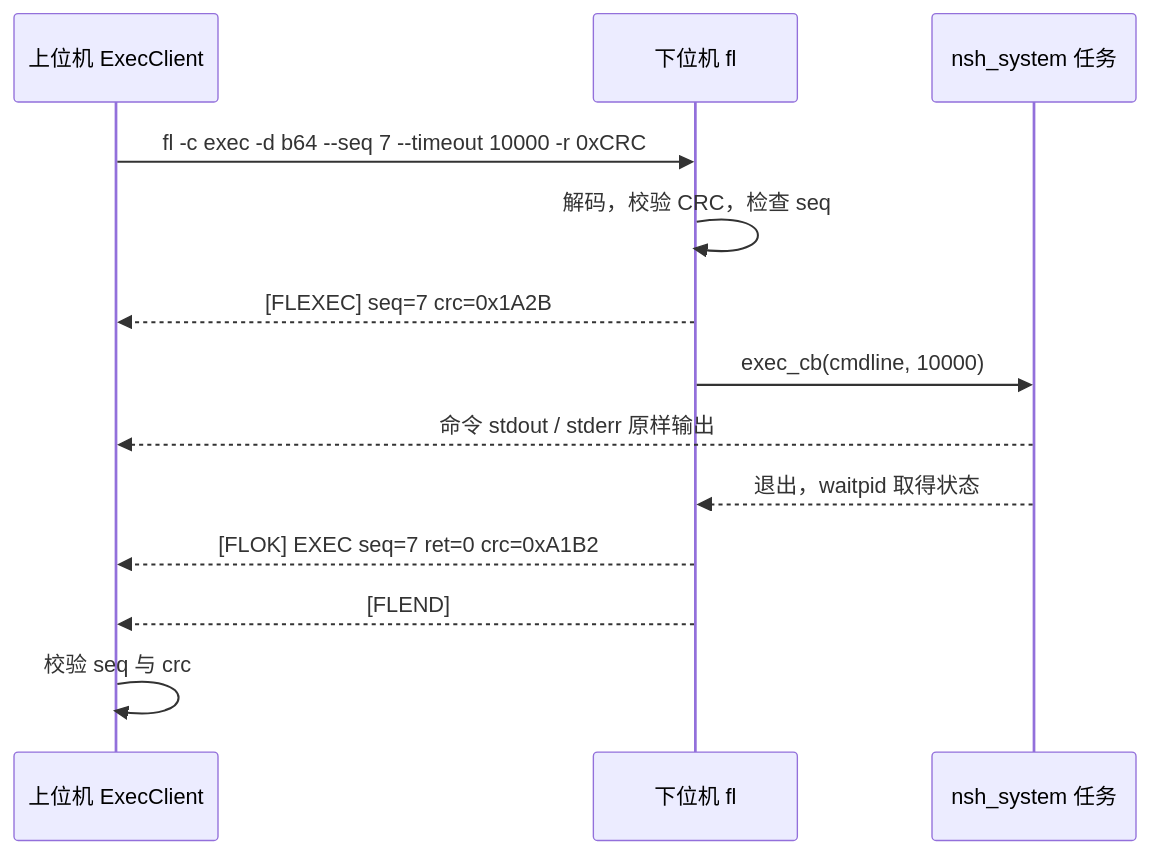
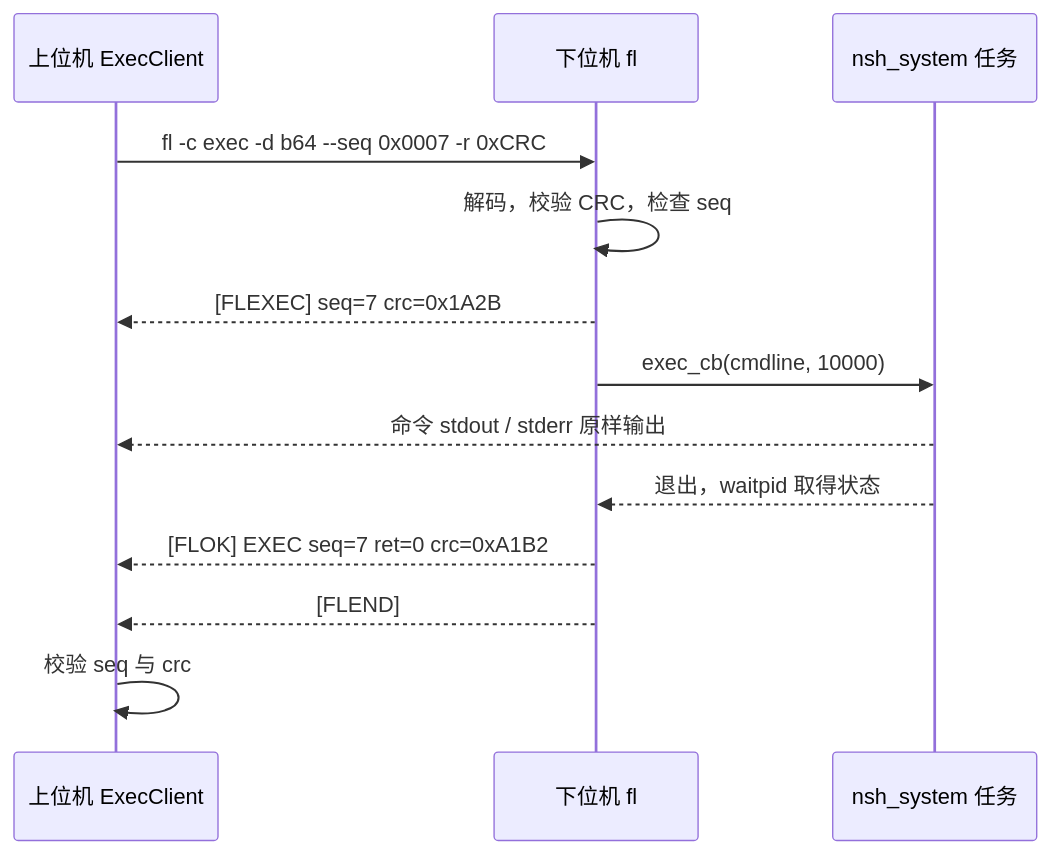
Before and after one commit to FASTSHIFT/FPBInject: the fourth of 5 diagrams in Tools/WebServer/docs/exec-command-design.md, drawn with Mermaid. The commit also changed other lines of this file and 15 other files, not shown here.

````diff
--- a/Tools/WebServer/docs/exec-command-design.md
+++ b/Tools/WebServer/docs/exec-command-design.md
@@ -656,16 +656,16 @@
 ```mermaid
 sequenceDiagram
     participant H as 上位机 ExecClient
     participant D as 下位机 fl
     participant S as nsh_system 任务
 
-    H->>D: fl -c exec -d b64 --seq 7 --timeout 10000 -r 0xCRC
+    H->>D: fl -c exec -d b64 --seq 0x0007 -r 0xCRC
     D->>D: 解码，校验 CRC，检查 seq
     D-->>H: [FLEXEC] seq=7 crc=0x1A2B
     D->>S: exec_cb(cmdline, 10000)
     S-->>H: 命令 stdout / stderr 原样输出
     S-->>D: 退出，waitpid 取得状态
     D-->>H: [FLOK] EXEC seq=7 ret=0 crc=0xA1B2
     D-->>H: [FLEND]
     H->>H: 校验 seq 与 crc
 ```
````
